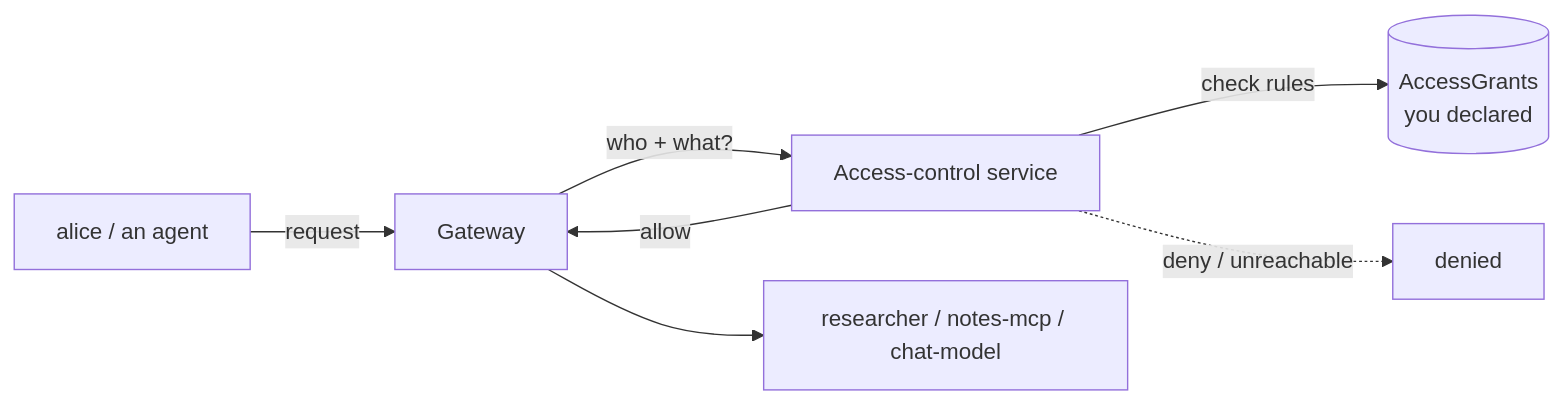
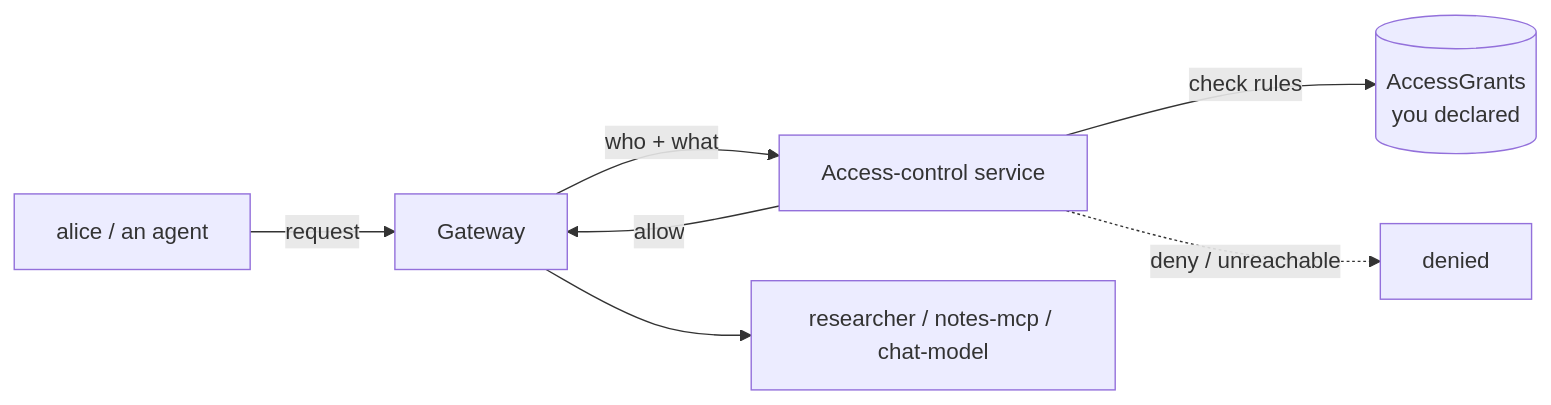
The fourth of 6 diagrams in docs/examples/authorization-draft.md (axsaucedo/kaos), drawn with Mermaid before and after one commit. The commit also changed other lines of this file, not shown here.

Commit message:
docs: apply review to authorization walkthrough (accuracy, filler, diagrams)

````diff
--- a/docs/examples/authorization-draft.md
+++ b/docs/examples/authorization-draft.md
@@ -614,9 +695,9 @@
 ```mermaid
 flowchart LR
   P["alice / an agent"] -->|"request"| GW["Gateway"]
-  GW -->|"who + what?"| AC["Access-control service"]
+  GW -->|"who + what"| AC["Access-control service"]
   AC -->|"check rules"| GRANTS[("AccessGrants<br/>you declared")]
   AC -->|"allow"| GW
   GW --> DEST["researcher / notes-mcp / chat-model"]
   AC -.->|"deny / unreachable"| STOP["denied"]
 ```
````
